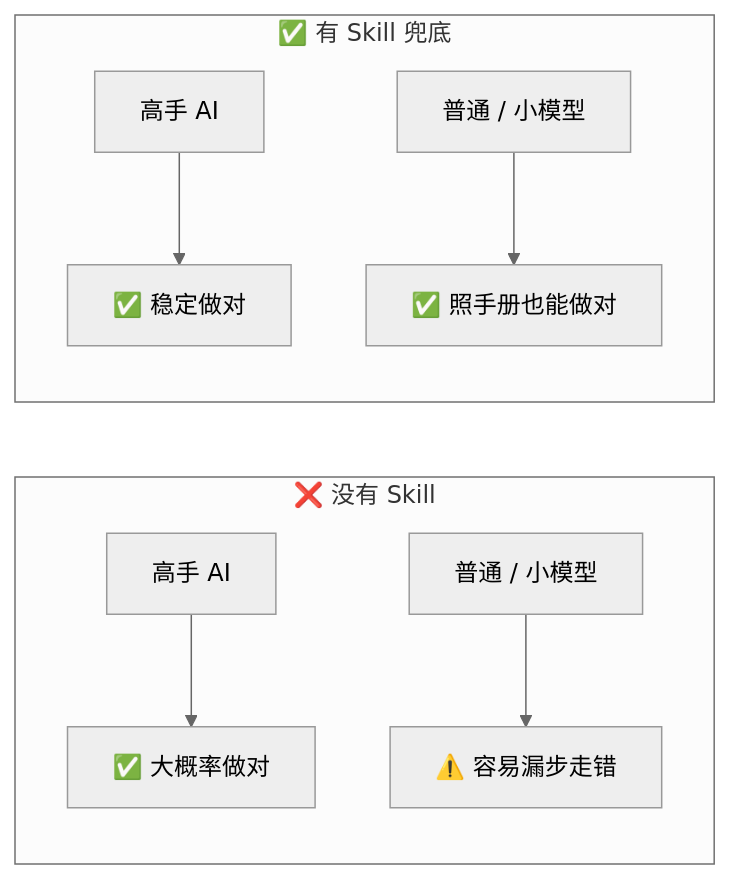
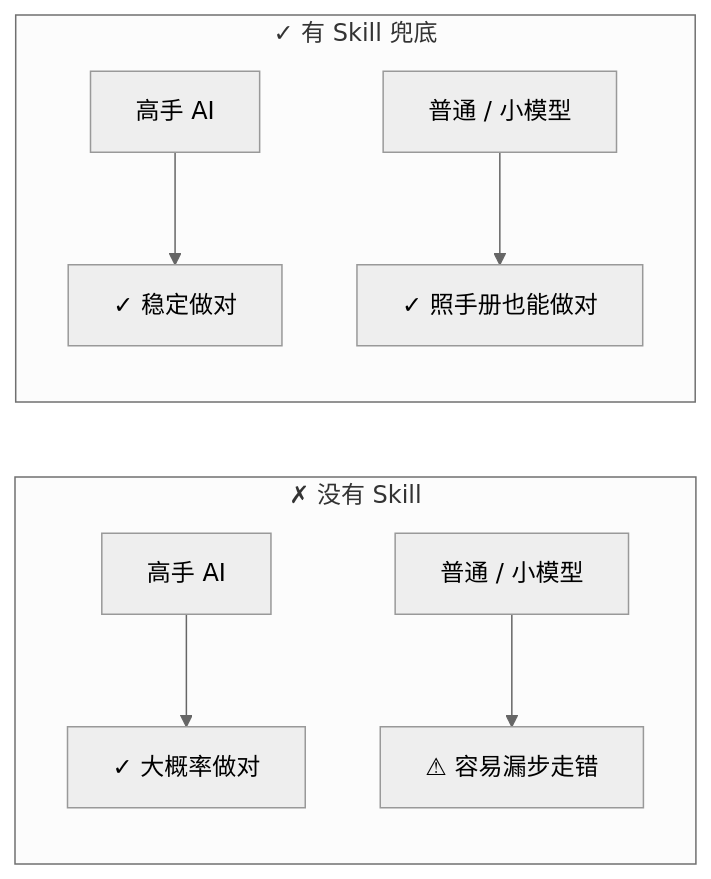
One commit to luckykhy/KhyAiHub changed the sixth of 8 diagrams in docs/02_CONCEPTS_概念入门/CONCEPT/[CONCEPT-05] 什么是Skill-技能.md. Above: the diagram before and after it, drawn with Mermaid (neutral theme). The commit also changed other lines of this file and 19 other files, not shown here.

````diff
--- a/docs/02_CONCEPTS_概念入门/CONCEPT/[CONCEPT-05] 什么是Skill-技能.md
+++ b/docs/02_CONCEPTS_概念入门/CONCEPT/[CONCEPT-05] 什么是Skill-技能.md
@@ -235,11 +235,11 @@
 ```mermaid
 flowchart LR
-  subgraph 没有Skill["❌ 没有 Skill"]
-    N1[高手 AI] --> NG[✅ 大概率做对]
-    N2[普通 / 小模型] --> NB[⚠️ 容易漏步走错]
+  subgraph 没有Skill["✗ 没有 Skill"]
+    N1[高手 AI] --> NG[✓ 大概率做对]
+    N2[普通 / 小模型] --> NB[⚠ 容易漏步走错]
   end
-  subgraph 有Skill["✅ 有 Skill 兜底"]
-    Y1[高手 AI] --> YG[✅ 稳定做对]
-    Y2[普通 / 小模型] --> YG2[✅ 照手册也能做对]
+  subgraph 有Skill["✓ 有 Skill 兜底"]
+    Y1[高手 AI] --> YG[✓ 稳定做对]
+    Y2[普通 / 小模型] --> YG2[✓ 照手册也能做对]
   end
 ```
````
